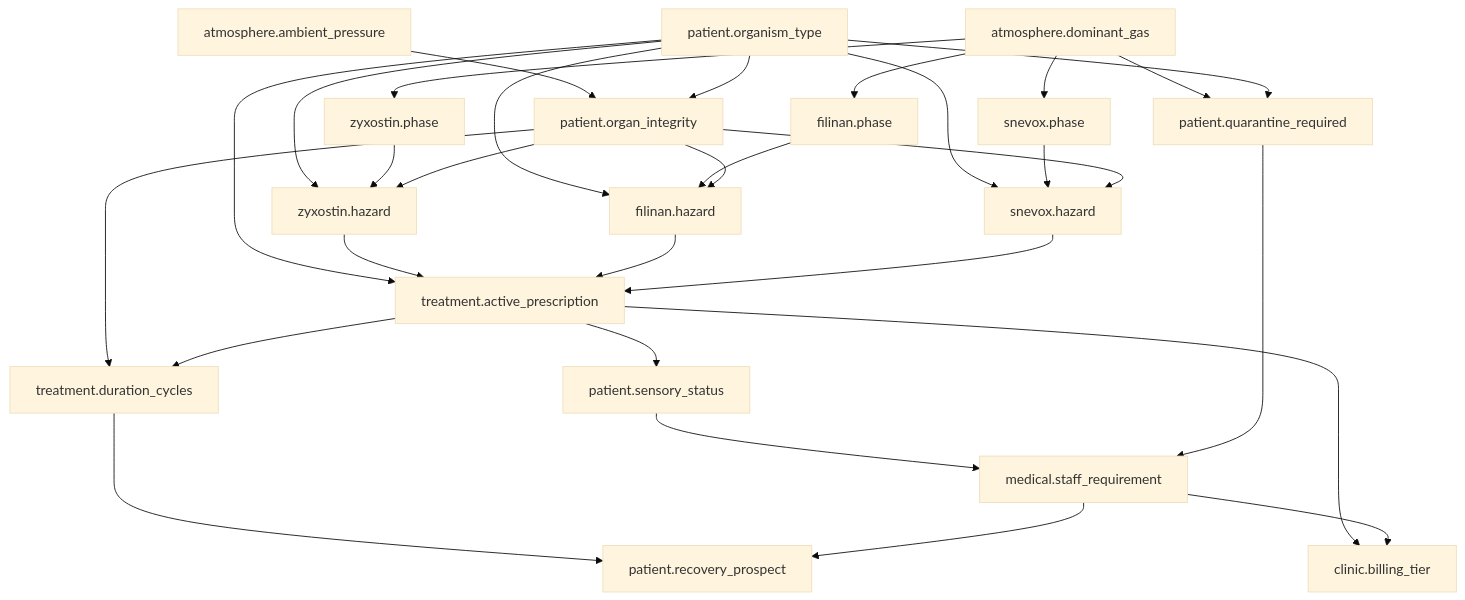
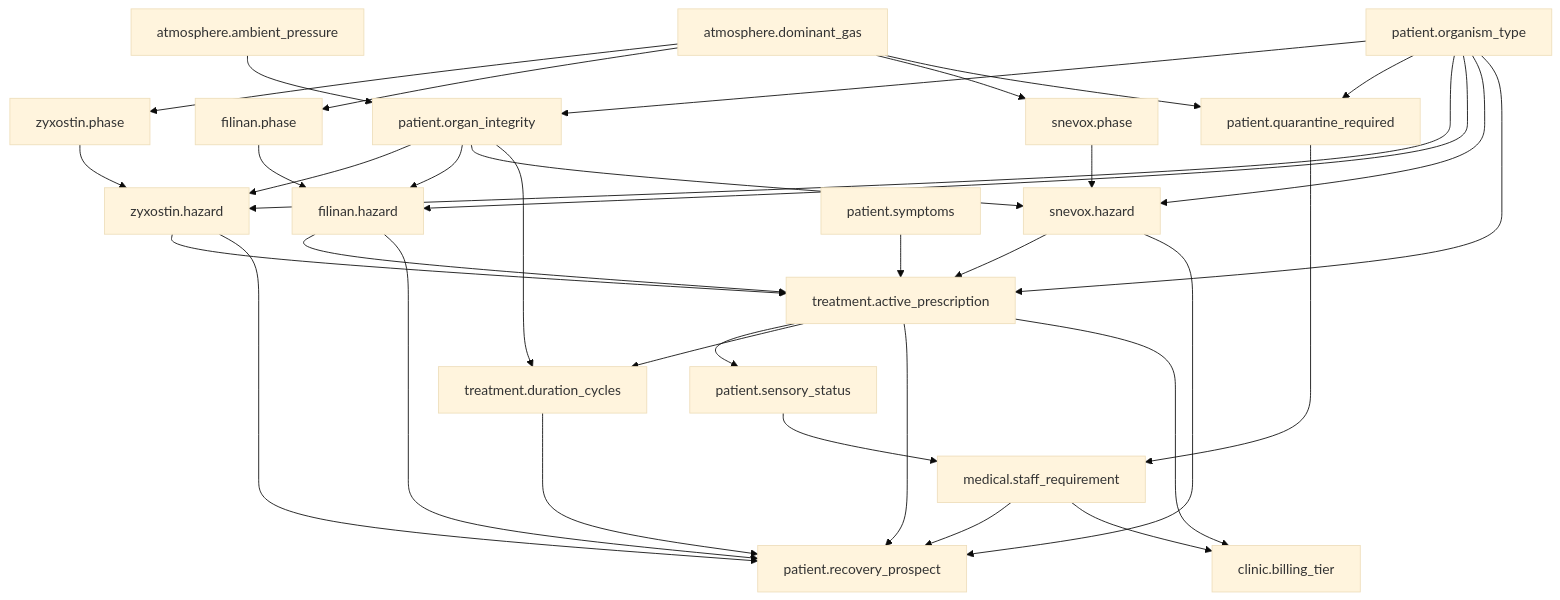
One commit to sultann-301/Belief-Aware-LLMs changed the second of 2 diagrams in domains.md. Above: the diagram before and after it, drawn with Mermaid (base theme). The commit also changed other lines of this file and 4 other files, not shown here.

````diff
--- a/domains.md
+++ b/domains.md
@@ -310,45 +327,51 @@
 ```mermaid
 graph TD
     %% Atmospheric Drivers
     Atmos_Gas["atmosphere.dominant_gas"] --> ZPhase["zyxostin.phase"]
     Atmos_Gas --> FPhase["filinan.phase"]
     Atmos_Gas --> SPhase["snevox.phase"]
     Atmos_Gas --> Quar["patient.quarantine_required"]
     Atmos_Press["atmosphere.ambient_pressure"] --> Integrity["patient.organ_integrity"]
 
     %% Biological Inputs
     Species["patient.organism_type"] --> Integrity
     Species --> Quar
     Species --> ZHazard["zyxostin.hazard"]
     Species --> FHazard["filinan.hazard"]
     Species --> SHazard["snevox.hazard"]
+    
+    Symptoms["patient.symptoms"] --> Selection["treatment.active_prescription"]
 
     %% Compound specific evaluations
     ZPhase --> ZHazard
     FPhase --> FHazard
     SPhase --> SHazard
     
     Integrity --> ZHazard
     Integrity --> FHazard
     Integrity --> SHazard
     
     Integrity --> Dur["treatment.duration_cycles"]
 
     %% Selection & Cascades
-    Species --> Selection["treatment.active_prescription"]
+    Species --> Selection
     ZHazard --> Selection
     FHazard --> Selection
     SHazard --> Selection
     Selection --> SideEffect["patient.sensory_status"]
     Selection --> Dur
+    Selection --> Recov
+    ZHazard --> Recov
+    FHazard --> Recov
+    SHazard --> Recov
 
     %% Late Stage derivations
     SideEffect --> Staff["medical.staff_requirement"]
     Quar --> Staff
     
     Dur --> Recov["patient.recovery_prospect"]
     Staff --> Recov
     
     Selection --> Bill["clinic.billing_tier"]
     Staff --> Bill
 ```
````
